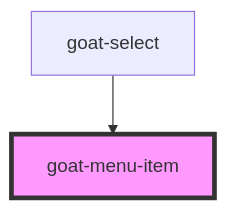
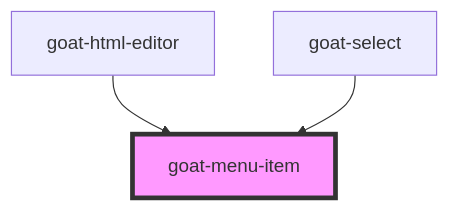
Before and after one commit to goatui/components: the diagram in src/components/menu/menu-item/readme.md, drawn with Mermaid. The commit also changed other lines of this file and 33 other files, not shown here.

First line of the commit message:
59 html editor (#67)

````diff
--- a/src/components/menu/menu-item/readme.md
+++ b/src/components/menu/menu-item/readme.md
@@ -59,5 +60,6 @@
 ```mermaid
 graph TD;
+  goat-html-editor --> goat-menu-item
   goat-select --> goat-menu-item
   style goat-menu-item fill:#f9f,stroke:#333,stroke-width:4px
 ```
````
